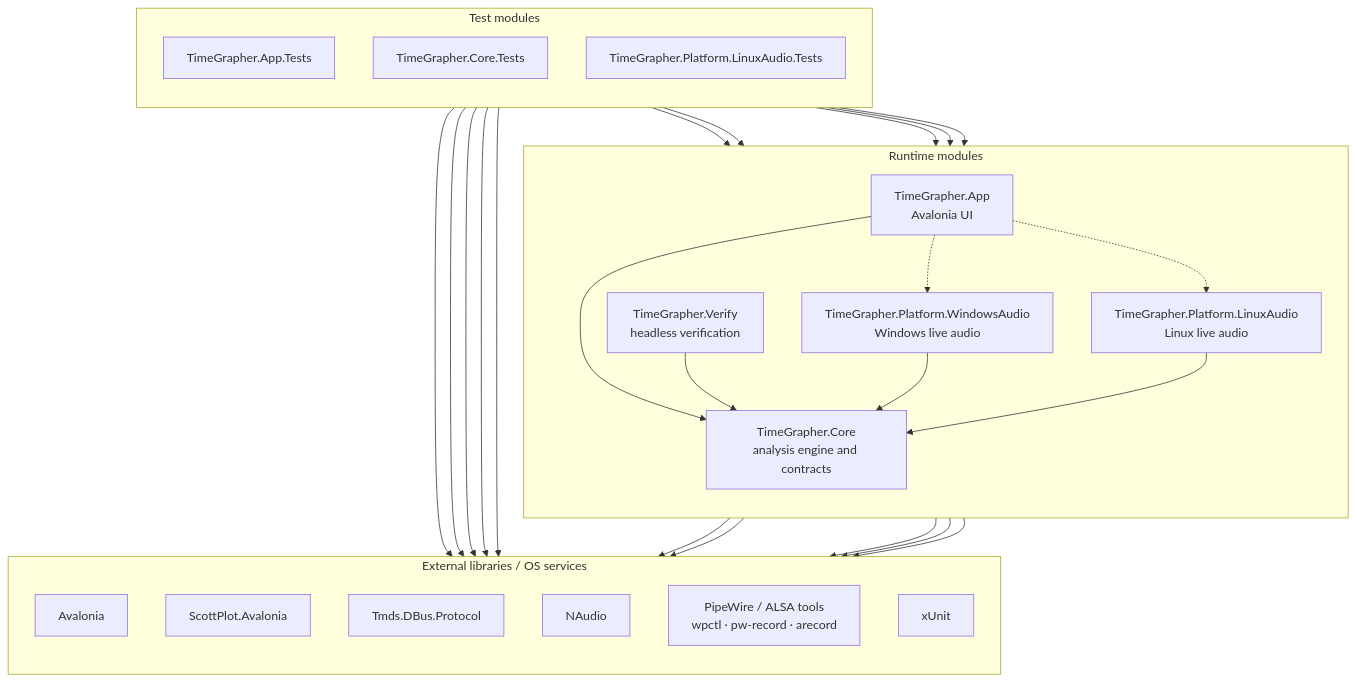
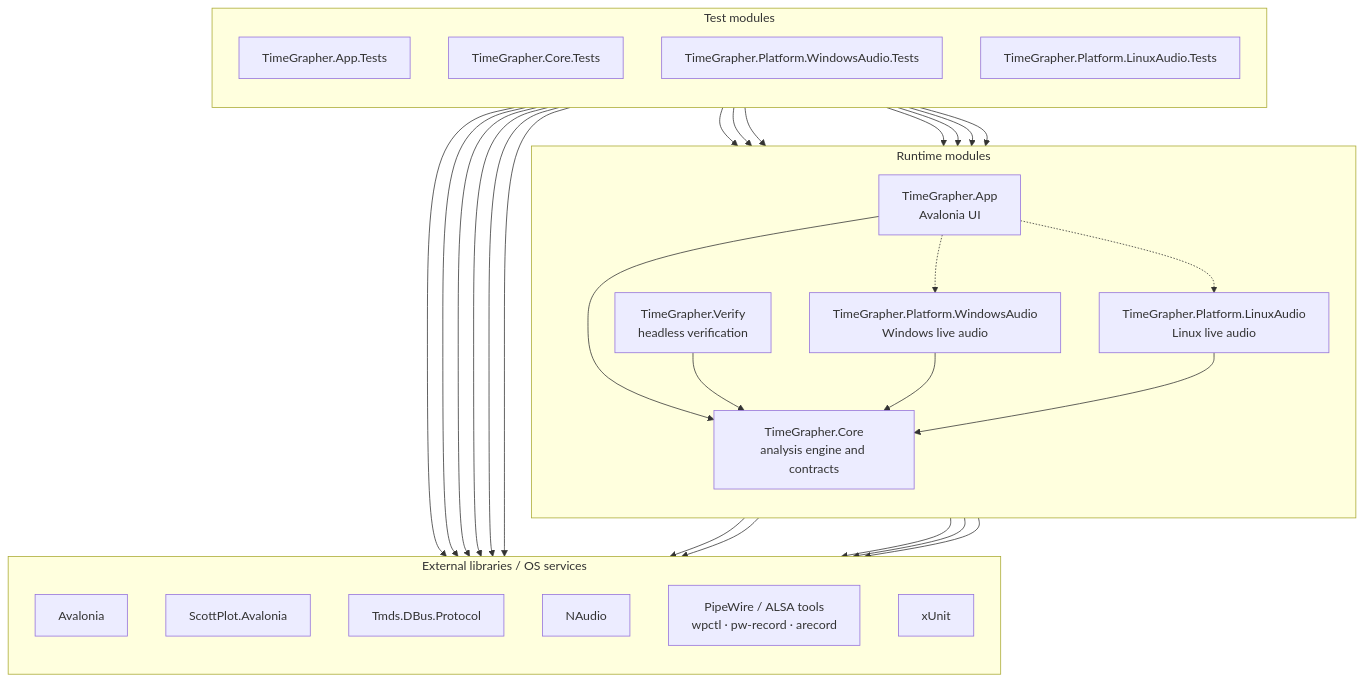
The first of 3 diagrams in docs/MODULE_USES_VIEW.md (lgcmu2026-team5/TimeGrapher-Net), drawn with Mermaid before and after one commit. The commit also changed 1 other file, not shown here.

Commit message:
docs(views): register the Windows-audio test project
[en] Add TimeGrapher.Platform.WindowsAudio.Tests (34c44c2) to the module
decomposition diagram/table and to the uses view (uses WindowsAudio, Core
shared contracts, and xUnit), keeping the documented module set in sync
with the solution.

[ko] TimeGrapher.Platform.WindowsAudio.Tests(34c44c2)를 모듈 분해
다이어그램/표와 uses 뷰(WindowsAudio, Core 공유 계약, xUnit 사용)에
추가해 문서의 모듈 집합을 솔루션과 일치시킨다.

````diff
--- a/docs/MODULE_USES_VIEW.md
+++ b/docs/MODULE_USES_VIEW.md
@@ -7,52 +7,56 @@
 ```mermaid
 flowchart TB
     subgraph Runtime["Runtime modules"]
         direction TB
         App["TimeGrapher.App<br/>Avalonia UI"]
         Verify["TimeGrapher.Verify<br/>headless verification"]
         WindowsAudio["TimeGrapher.Platform.WindowsAudio<br/>Windows live audio"]
         LinuxAudio["TimeGrapher.Platform.LinuxAudio<br/>Linux live audio"]
         Core["TimeGrapher.Core<br/>analysis engine and contracts"]
     end
 
     subgraph Tests["Test modules"]
         direction TB
         AppTests["TimeGrapher.App.Tests"]
         CoreTests["TimeGrapher.Core.Tests"]
+        WindowsAudioTests["TimeGrapher.Platform.WindowsAudio.Tests"]
         LinuxAudioTests["TimeGrapher.Platform.LinuxAudio.Tests"]
     end
 
     subgraph External["External libraries / OS services"]
         direction TB
         Avalonia["Avalonia"]
         ScottPlot["ScottPlot.Avalonia"]
         TmdsDbus["Tmds.DBus.Protocol"]
         NAudio["NAudio"]
         LinuxAudioStack["PipeWire / ALSA tools<br/>wpctl · pw-record · arecord"]
         Xunit["xUnit"]
     end
 
     App --> Core
     App -.-> WindowsAudio
     App -.-> LinuxAudio
     Verify --> Core
     WindowsAudio --> Core
     LinuxAudio --> Core
 
     AppTests --> App
     AppTests --> Core
     CoreTests --> Core
+    WindowsAudioTests --> WindowsAudio
+    WindowsAudioTests --> Core
     LinuxAudioTests --> LinuxAudio
     LinuxAudioTests --> Core
 
     App --> Avalonia
     App --> ScottPlot
     App --> TmdsDbus
     WindowsAudio --> NAudio
     LinuxAudio --> LinuxAudioStack
     AppTests --> Avalonia
     AppTests --> ScottPlot
     AppTests --> Xunit
     CoreTests --> Xunit
+    WindowsAudioTests --> Xunit
     LinuxAudioTests --> Xunit
 ```
````
